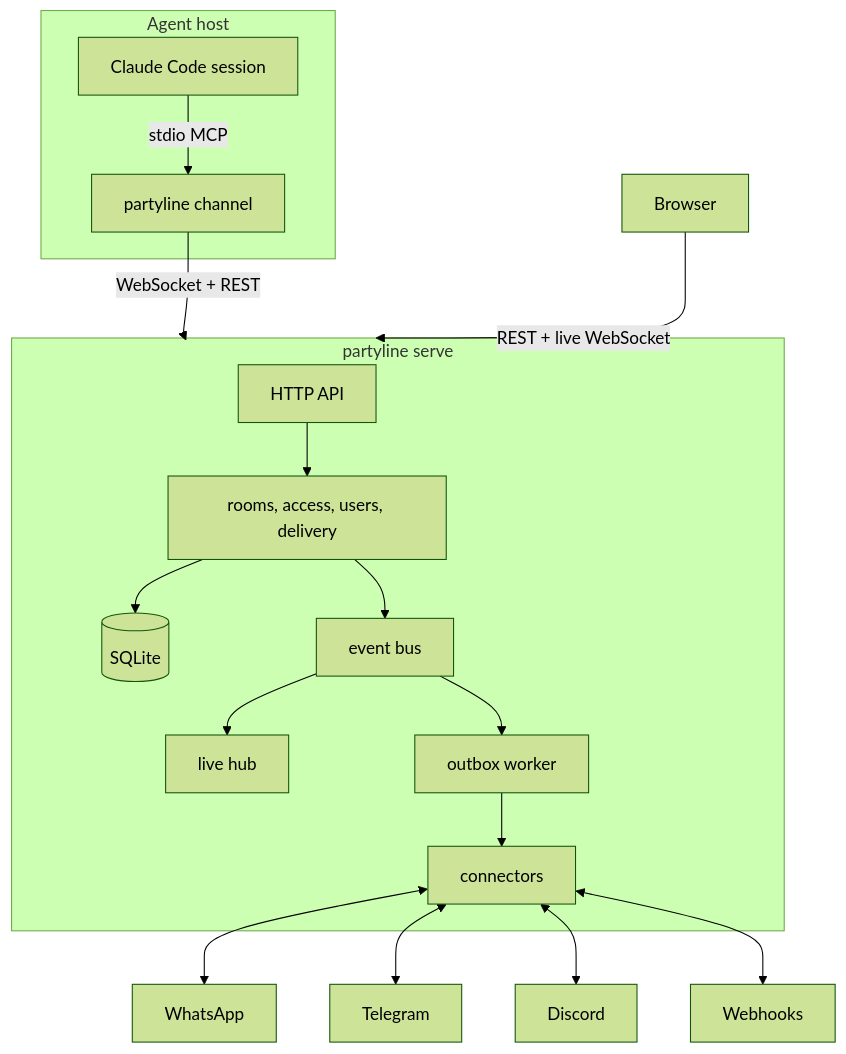
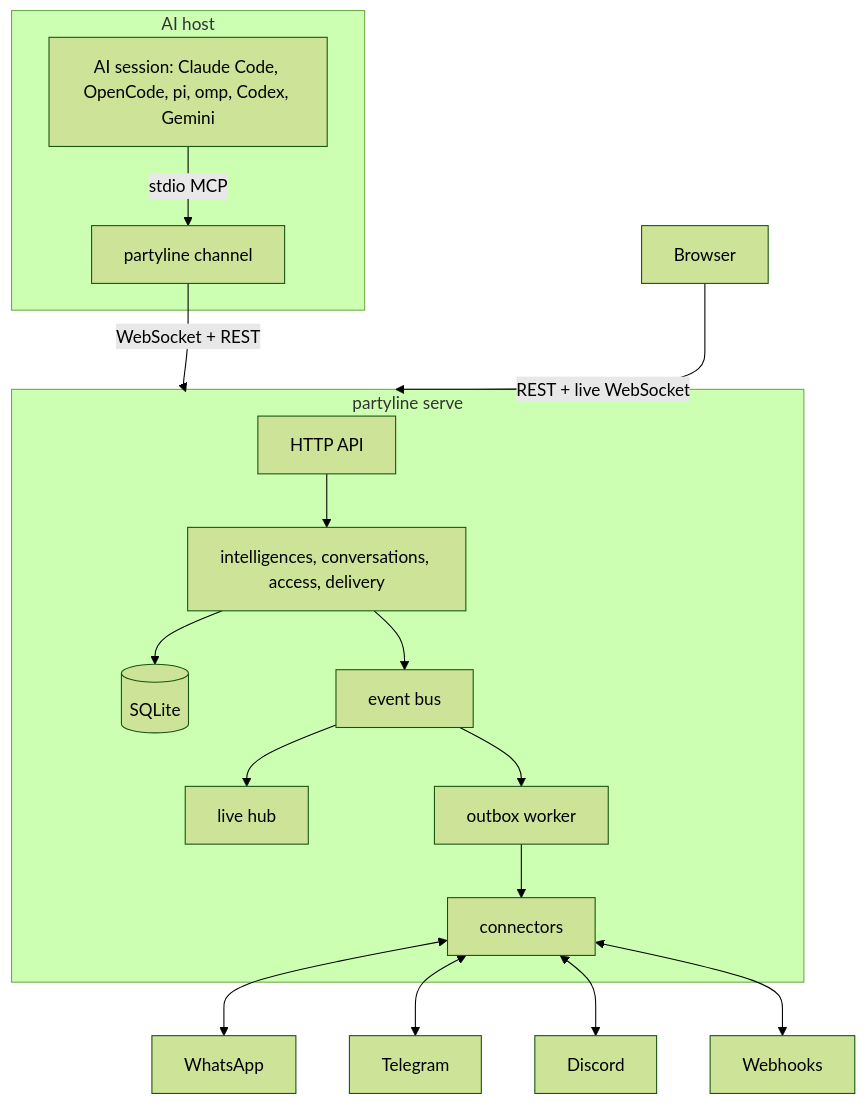
Before and after one commit to wnexous/partyline: the diagram in README.md, drawn with Mermaid (forest theme). The commit also changed other lines of this file and 5 other files, not shown here.

````diff
--- a/README.md
+++ b/README.md
@@ -31,17 +43,17 @@
 ```mermaid
 graph TD
-  subgraph Agent host
-    CC[Claude Code session] -- stdio MCP --> CH[partyline channel]
+  subgraph AI host
+    CC[AI session: Claude Code, OpenCode, pi, omp, Codex, Gemini] -- stdio MCP --> CH[partyline channel]
   end
   CH -- WebSocket + REST --> SRV
   Browser -- REST + live WebSocket --> SRV
   subgraph SRV[partyline serve]
-    API[HTTP API] --> SVC[rooms, access, users, delivery]
+    API[HTTP API] --> SVC[intelligences, conversations, access, delivery]
     SVC --> DB[(SQLite)]
     SVC --> BUS[event bus]
     BUS --> LIVE[live hub]
     BUS --> OUT[outbox worker]
     OUT --> CON[connectors]
   end
   CON <--> WA[WhatsApp] & TG[Telegram] & DC[Discord] & WH[Webhooks]
 ```
````
